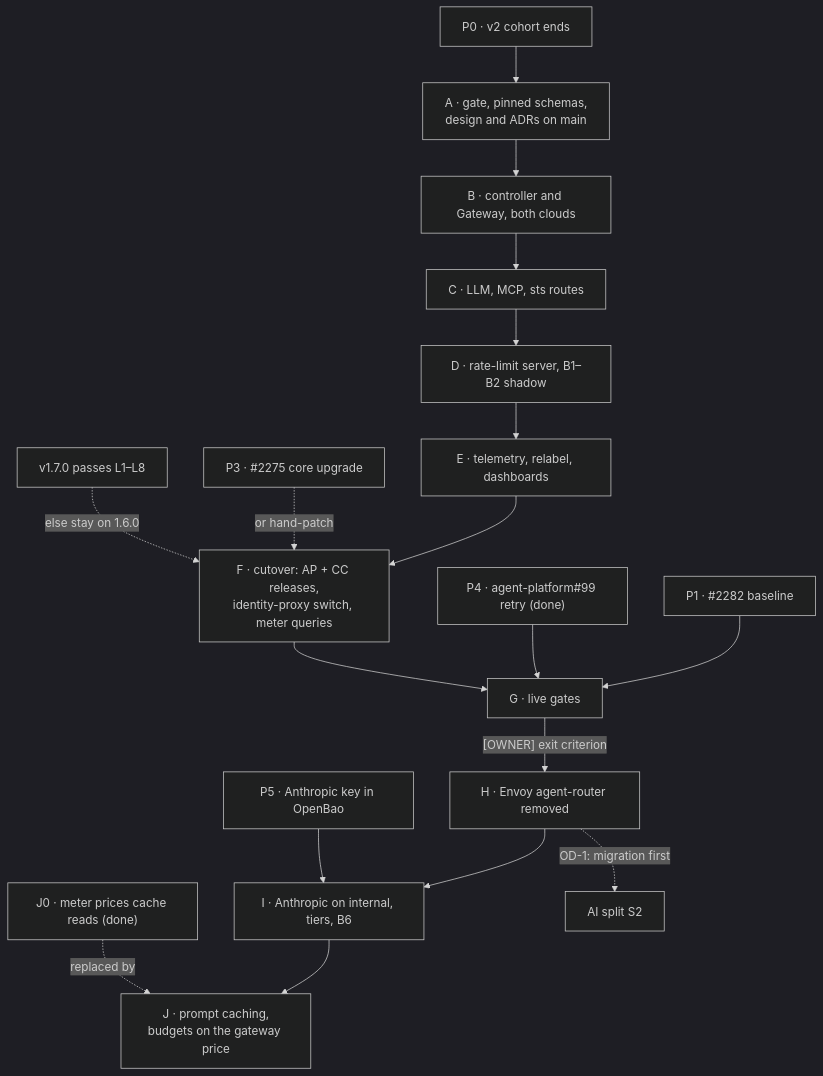
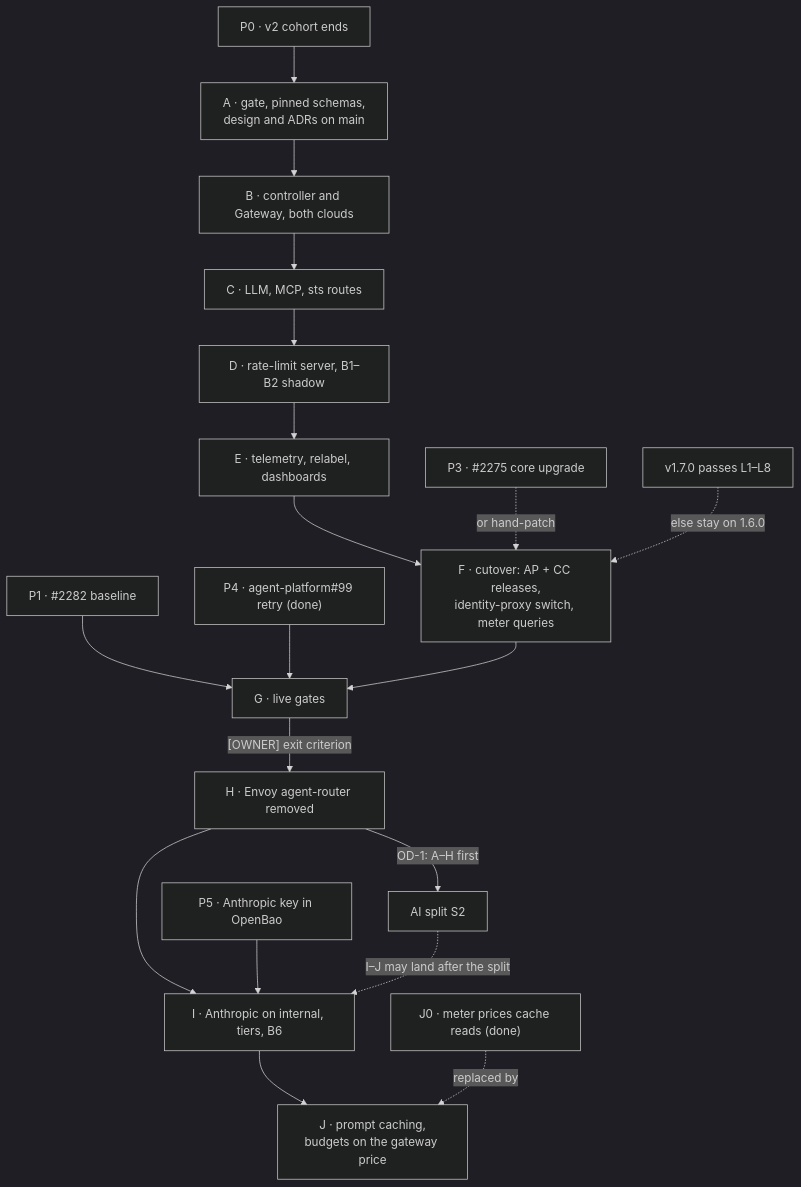
The diagram in docs/superpowers/plans/2026-10-15-agent-router-agentgateway-plan.md (Smana/cloud-native-ref), drawn with Mermaid (dark theme) before and after one commit. The commit also changed other lines of this file, not shown here.

````diff
--- a/docs/superpowers/plans/2026-10-15-agent-router-agentgateway-plan.md
+++ b/docs/superpowers/plans/2026-10-15-agent-router-agentgateway-plan.md
@@ -105,21 +105,22 @@
 ```mermaid
 flowchart TD
   P0["P0 · v2 cohort ends"] --> A["A · gate, pinned schemas,<br/>design and ADRs on main"]
   J0["J0 · meter prices cache reads (done)"]
   A --> B["B · controller and Gateway, both clouds"]
   B --> C["C · LLM, MCP, sts routes"]
   C --> D["D · rate-limit server, B1–B2 shadow"]
   D --> E["E · telemetry, relabel, dashboards"]
   E --> F["F · cutover: AP + CC releases,<br/>identity-proxy switch, meter queries"]
   P1["P1 · #2282 baseline"] --> G
   P3["P3 · #2275 core upgrade"] -.->|"or hand-patch"| F
   P4["P4 · agent-platform#99 retry (done)"] --> G
   V17["v1.7.0 passes L1–L8"] -.->|"else stay on 1.6.0"| F
   F --> G["G · live gates"]
   G -->|"[OWNER] exit criterion"| H["H · Envoy agent-router removed"]
   H --> I["I · Anthropic on internal, tiers, B6"]
   P5["P5 · Anthropic key in OpenBao"] --> I
   I --> J["J · prompt caching,<br/>budgets on the gateway price"]
   J0 -.->|"replaced by"| J
-  H -.->|"OD-1: migration first"| S2["AI split S2"]
+  H -->|"OD-1: A–H first"| S2["AI split S2"]
+  S2 -.->|"I–J may land after the split"| I
 ```
````
